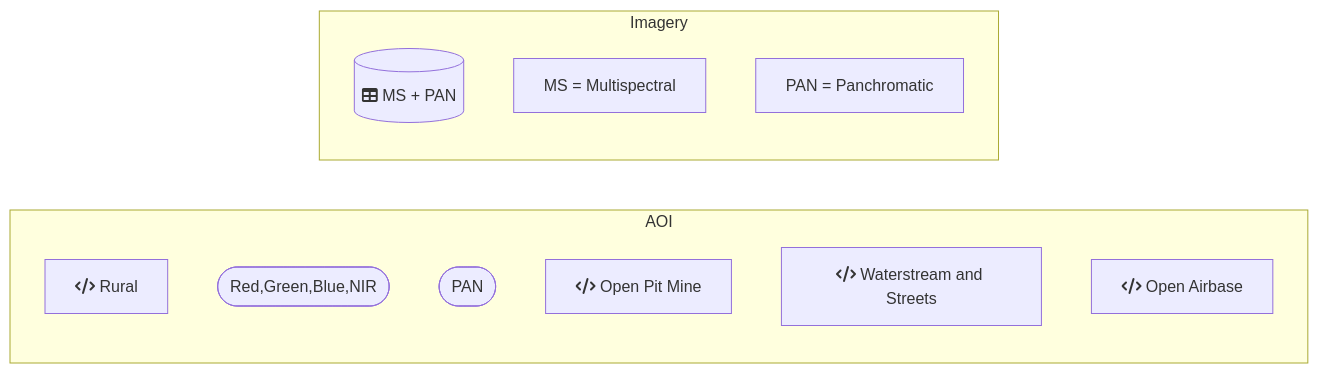
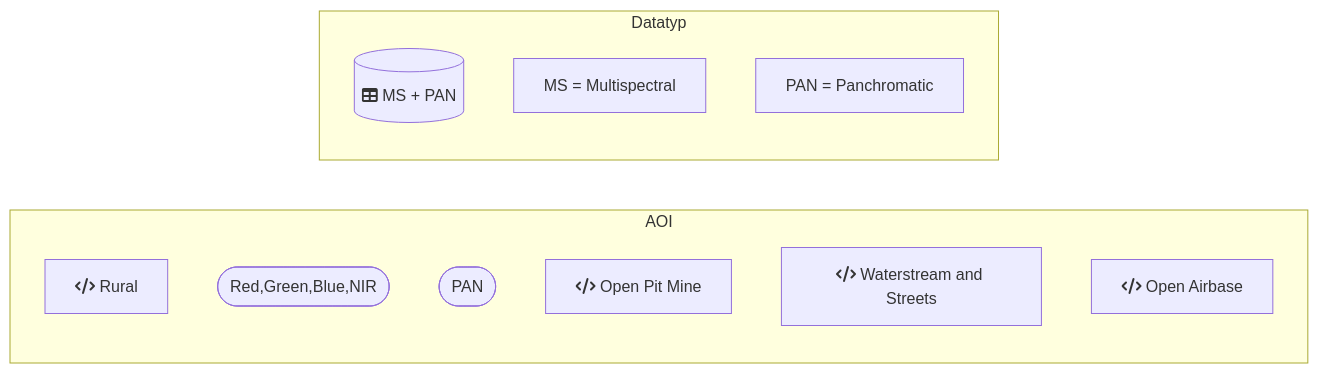
The diagram in Application/README.md (DippoldEJ/Feature-Detection-and-Explanation), drawn with Mermaid before and after one commit.

````diff
--- a/Application/README.md
+++ b/Application/README.md
@@ -13,22 +13,22 @@
 ```mermaid
 flowchart LR;
 
 subgraph AOI
     a[fa:fa-code Rural]
     b[fa:fa-code Urban]
     c[fa:fa-code Industrial]
     d[fa:fa-code Open Pit Mine]
     e[fa:fa-code Waterstream and Streets]
     f[fa:fa-code Open Airbase]
     end
 
- subgraph Imagery
+ subgraph Datatyp
         db[(fa:fa-table MS + PAN)]
         m[MS = Multispectral]
         p[PAN = Panchromatic]
         b([Red,Green,Blue,NIR])
         c([PAN])
     end
 
 
 ```
````
